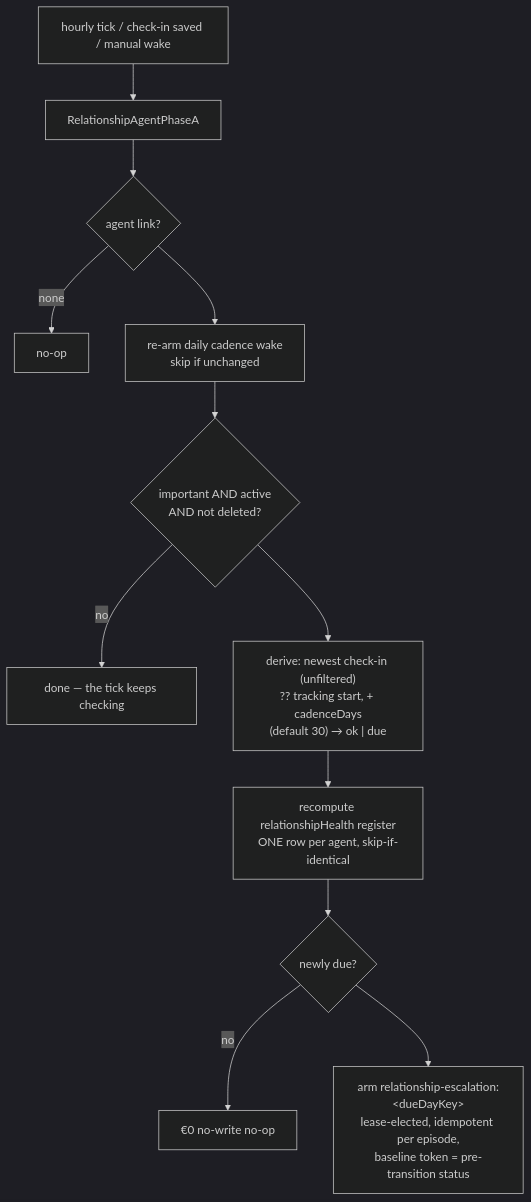
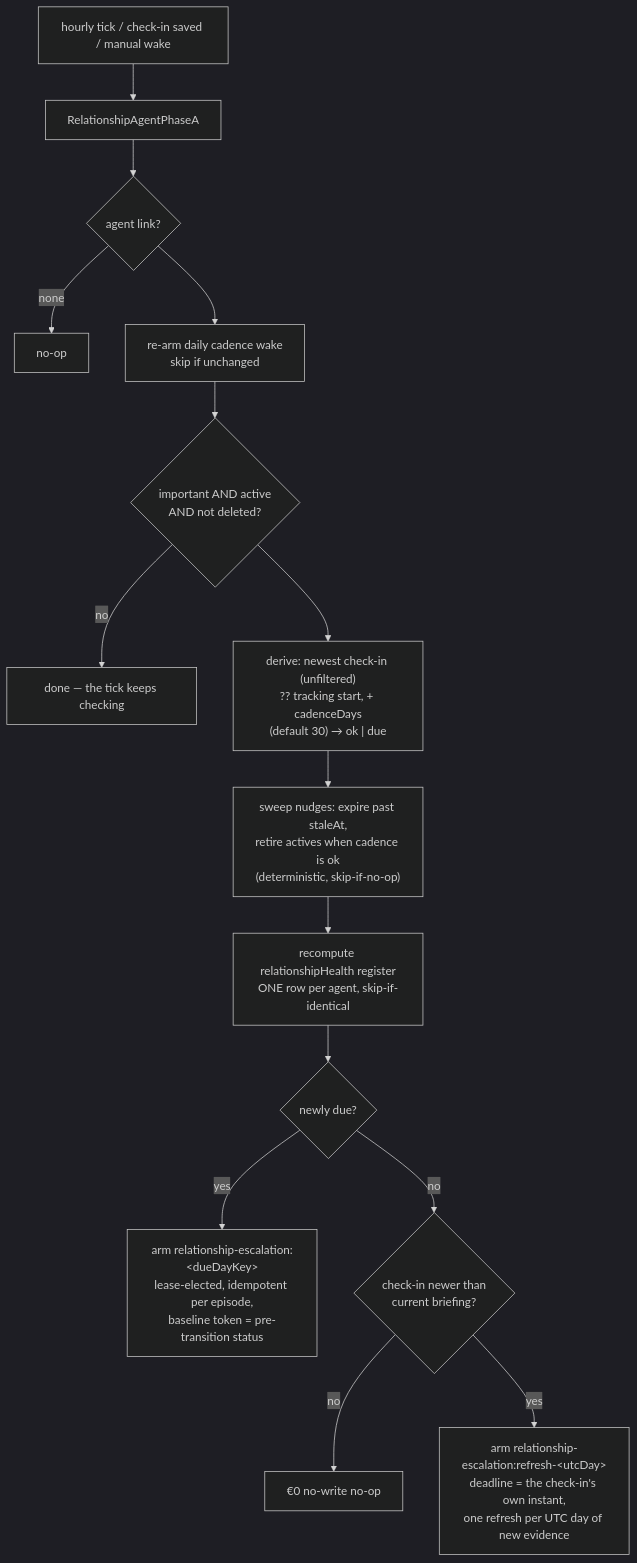
The third of 3 diagrams in knowledge/features/relationships.md (matthiasn/lotti), drawn with Mermaid (dark theme) before and after one commit. The commit also changed other lines of this file and 104 other files, not shown here.

Commit message:
feat: relationship agent LLM tier — briefing, banner, chat (plan v2 phase 5)

````diff
--- a/knowledge/features/relationships.md
+++ b/knowledge/features/relationships.md
@@ -224,14 +233,17 @@
 ```mermaid
 flowchart TD
   T[hourly tick / check-in saved / manual wake] --> A[RelationshipAgentPhaseA]
   A --> L{agent link?}
   L -->|none| OK1[no-op]
   L --> R[re-arm daily cadence wake<br/>skip if unchanged]
   R --> E{important AND active<br/>AND not deleted?}
   E -->|no| OK2[done — the tick keeps checking]
   E --> D["derive: newest check-in (unfiltered)<br/>?? tracking start, + cadenceDays<br/>(default 30) → ok | due"]
-  D --> REG["recompute relationshipHealth register<br/>ONE row per agent, skip-if-identical"]
-  REG --> N{newly due?}
-  N -->|no| OK3[€0 no-write no-op]
-  N --> ESC["arm relationship-escalation:&lt;dueDayKey&gt;<br/>lease-elected, idempotent per episode,<br/>baseline token = pre-transition status"]
+  D --> SW["sweep nudges: expire past staleAt,<br/>retire actives when cadence is ok<br/>(deterministic, skip-if-no-op)"]
+  SW --> REG["recompute relationshipHealth register<br/>ONE row per agent, skip-if-identical"]
+  REG --> N{"newly due?"}
+  N -->|yes| ESC["arm relationship-escalation:&lt;dueDayKey&gt;<br/>lease-elected, idempotent per episode,<br/>baseline token = pre-transition status"]
+  N -->|no| ST{"check-in newer than<br/>current briefing?"}
+  ST -->|no| OK3[€0 no-write no-op]
+  ST -->|yes| REF["arm relationship-escalation:refresh-&lt;utcDay&gt;<br/>deadline = the check-in's own instant,<br/>one refresh per UTC day of new evidence"]
 ```
````
